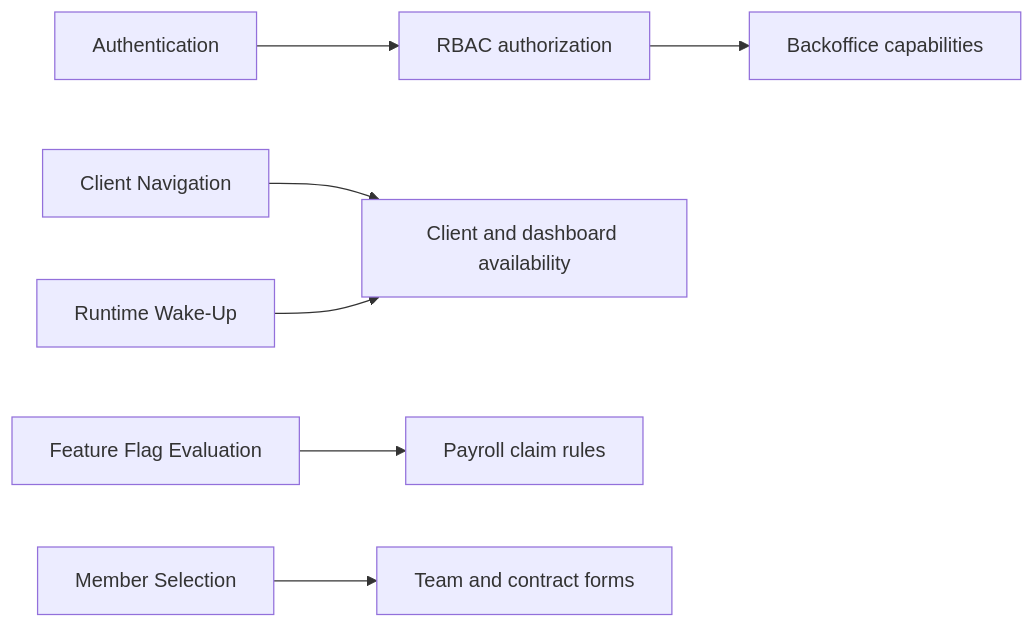
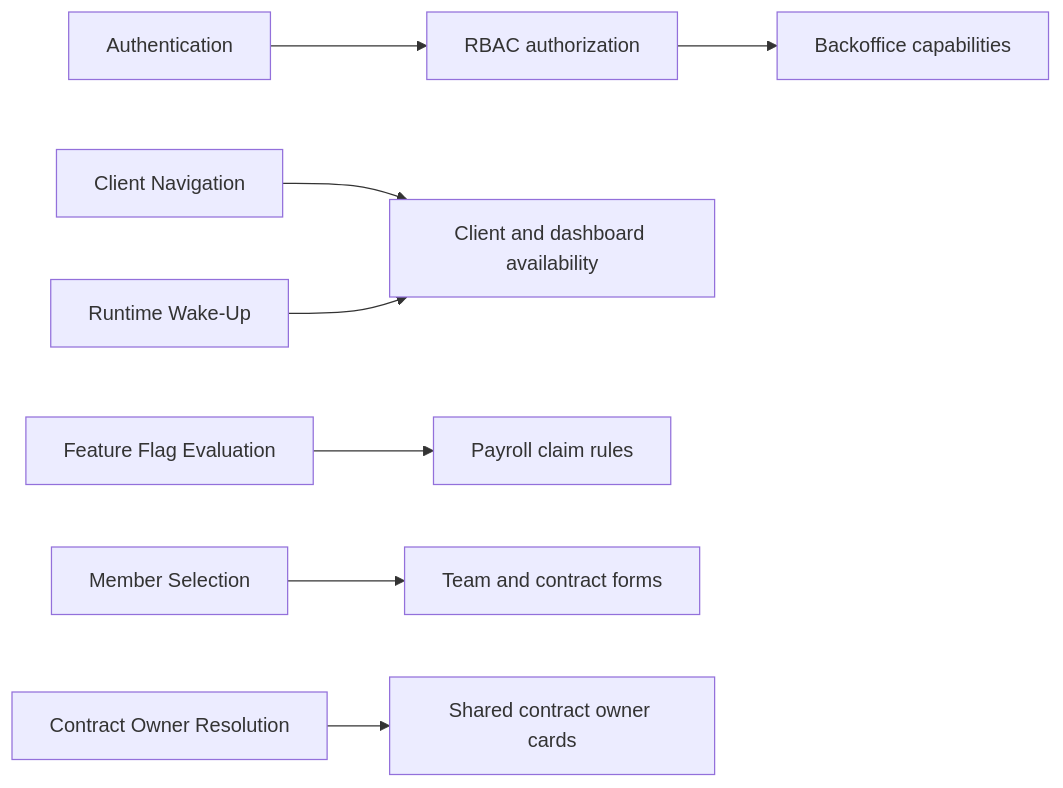
The diagram in docs/implementation/README.md (globe-and-citizen/cnc-portal), drawn with Mermaid before and after one commit. The commit also changed other lines of this file and 33 other files, not shown here.

````diff
--- a/docs/implementation/README.md
+++ b/docs/implementation/README.md
@@ -17,9 +17,10 @@
 ```mermaid
 flowchart LR
   auth[Authentication] --> rbac[RBAC authorization]
   rbac --> backoffice[Backoffice capabilities]
   navigation[Client Navigation] --> client[Client feature entry points]
   flags[Feature Flag Evaluation] --> payroll[Payroll claim rules]
   wake[Runtime Wake-Up] --> client[Client and dashboard availability]
   selection[Member Selection] --> forms[Team and contract forms]
+  owner[Contract Owner Resolution] --> cards[Shared contract owner cards]
 ```
````
